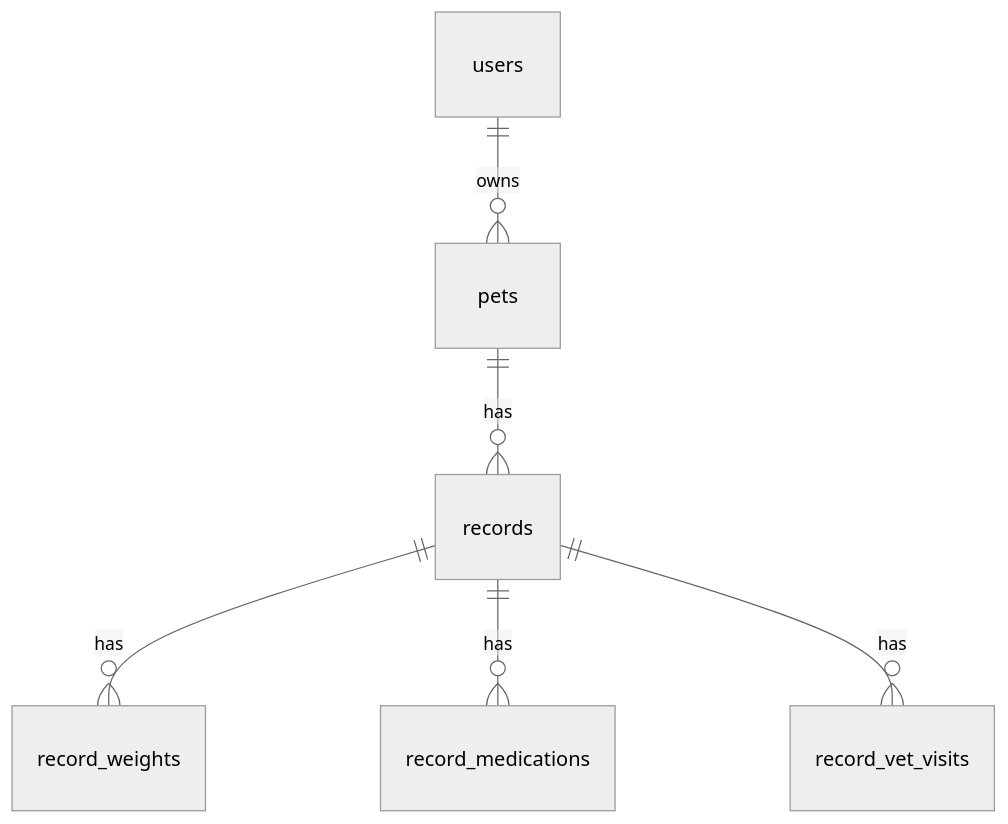
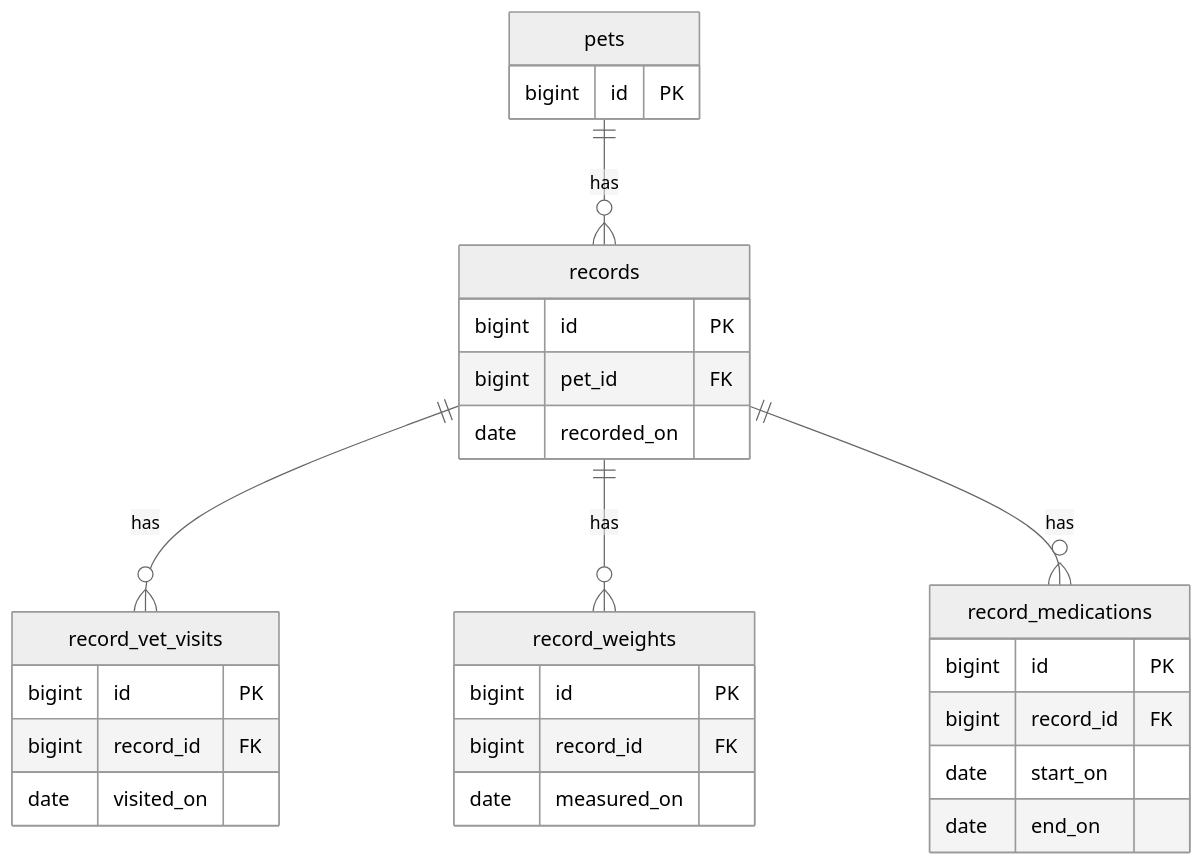
One commit to masakiShito/pet-medical-record changed the diagram in docs/02_基本設計/06_データモデル.md. Above: the diagram before and after it, drawn with Mermaid (neutral theme). The commit also changed other lines of this file and 46 other files, not shown here.

````diff
--- a/docs/02_基本設計/06_データモデル.md
+++ b/docs/02_基本設計/06_データモデル.md
@@ -156,8 +37,36 @@
 ```mermaid
 erDiagram
-  users ||--o{ pets : owns
   pets ||--o{ records : has
+  records ||--o{ record_vet_visits : has
   records ||--o{ record_weights : has
   records ||--o{ record_medications : has
-  records ||--o{ record_vet_visits : has
+
+  pets {
+    bigint id PK
+  }
+
+  records {
+    bigint id PK
+    bigint pet_id FK
+    date recorded_on
+  }
+
+  record_vet_visits {
+    bigint id PK
+    bigint record_id FK
+    date visited_on
+  }
+
+  record_weights {
+    bigint id PK
+    bigint record_id FK
+    date measured_on
+  }
+
+  record_medications {
+    bigint id PK
+    bigint record_id FK
+    date start_on
+    date end_on
+  }
 ```
````
